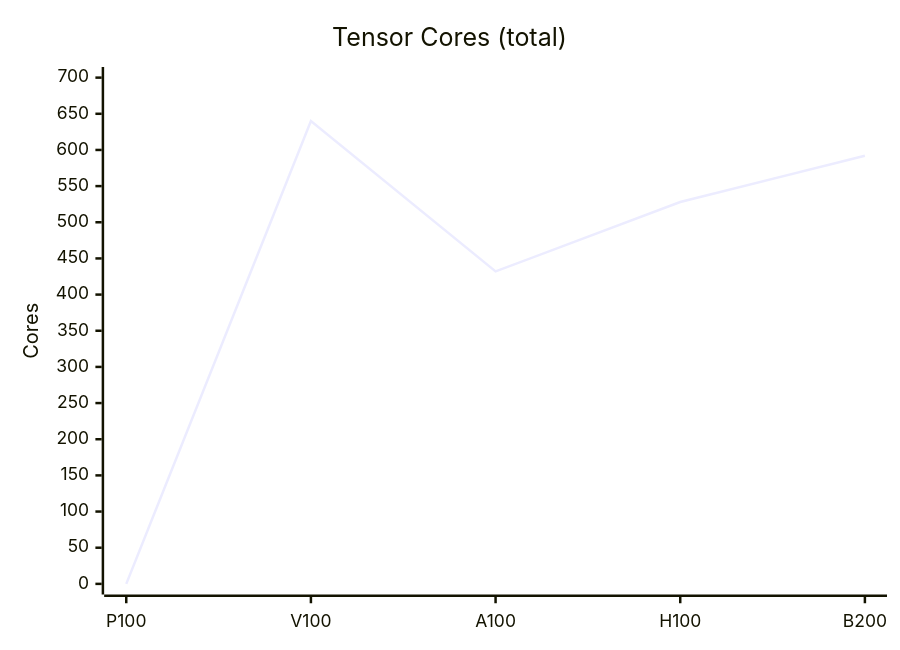
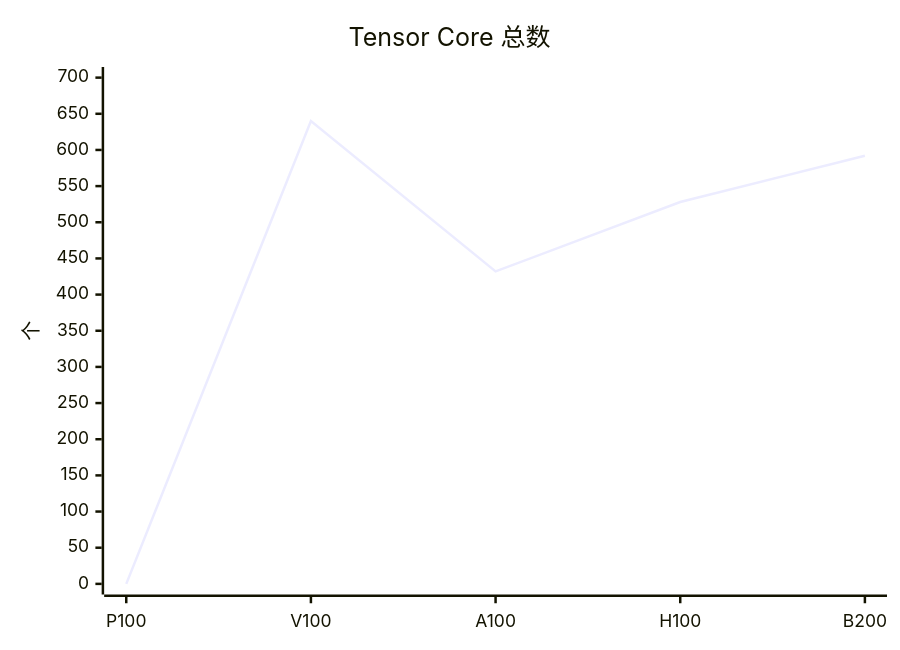
Before and after one commit to lxy-alexander/VoidIndex: the second of 13 diagrams in src/content/posts/nvidia-gpu-architectures.md, drawn with Mermaid. The commit also changed other lines of this file and 4 other files, not shown here.

````diff
--- a/src/content/posts/nvidia-gpu-architectures.md
+++ b/src/content/posts/nvidia-gpu-architectures.md
@@ -37,7 +37,7 @@
 ```mermaid
 xychart-beta
-  title "Tensor Cores (total)"
+  title "Tensor Core 总数"
   x-axis [P100, V100, A100, H100, B200]
-  y-axis "Cores" 0 --> 700
+  y-axis "个" 0 --> 700
   line [0, 640, 432, 528, 592]
 ```
````
